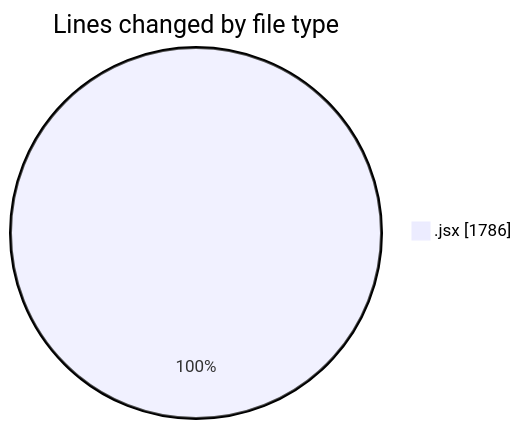
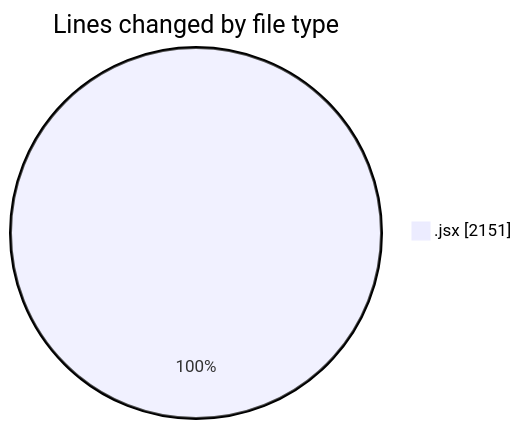
One commit to nxtqubesakshisongat/code-tracking changed the first of 2 diagrams in 2026-01-08/nxtqube_webapp/README.md. Above: the diagram before and after it, drawn with Mermaid. The commit also changed other lines of this file and 1 other file, not shown here.

````diff
--- a/2026-01-08/nxtqube_webapp/README.md
+++ b/2026-01-08/nxtqube_webapp/README.md
@@ -20,5 +20,5 @@
 ```mermaid
 pie showData
 title Lines changed by file type
-".jsx" : 1786
+".jsx" : 2151
 ```
````
